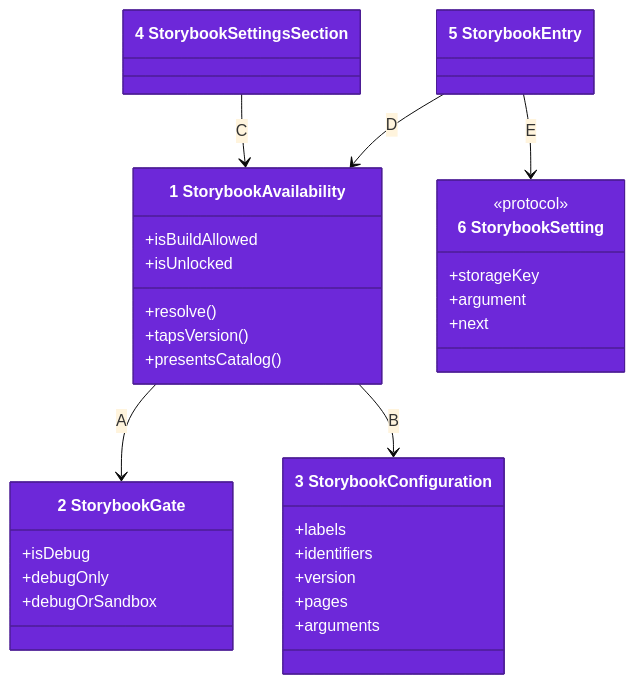
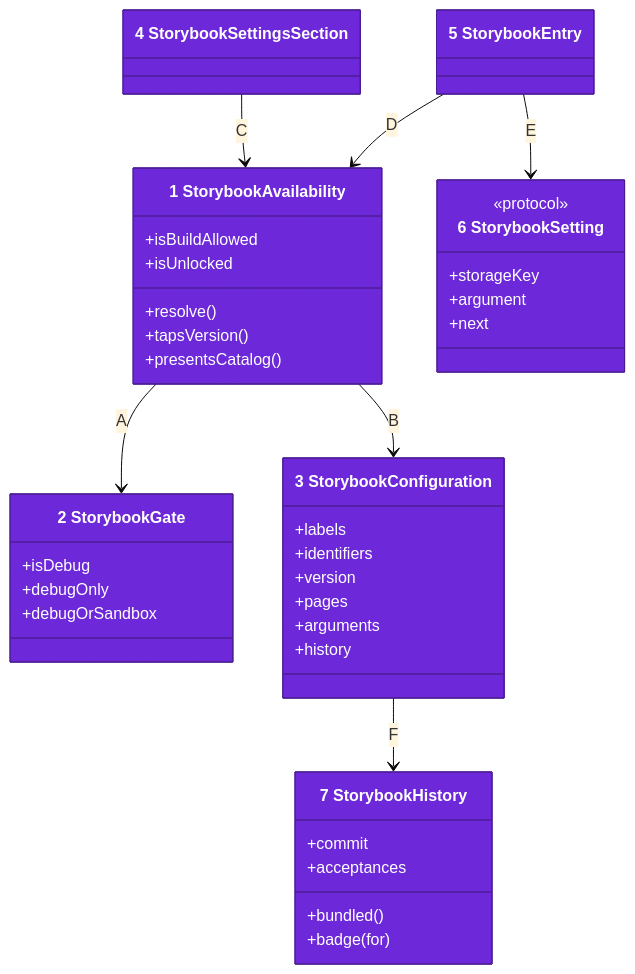
The first of 2 diagrams in Packages/Storybook/docs/architecture/04-code.md (may-journal/common-swift), drawn with Mermaid (base theme) before and after one commit. The commit also changed other lines of this file and 36 other files, not shown here.

First line of the commit message:
feat(storybook): badge new and changed pages from requirement history

````diff
--- a/Packages/Storybook/docs/architecture/04-code.md
+++ b/Packages/Storybook/docs/architecture/04-code.md
@@ -5,43 +5,52 @@
 ```mermaid
 classDiagram
     class StorybookAvailability["1 StorybookAvailability"] {
         +isBuildAllowed
         +isUnlocked
         +resolve()
         +tapsVersion()
         +presentsCatalog()
     }
     class StorybookGate["2 StorybookGate"] {
         +isDebug
         +debugOnly
         +debugOrSandbox
     }
     class StorybookConfiguration["3 StorybookConfiguration"] {
         +labels
         +identifiers
         +version
         +pages
         +arguments
+        +history
     }
     class StorybookSettingsSection["4 StorybookSettingsSection"]
     class StorybookEntry["5 StorybookEntry"]
+    class StorybookHistory["7 StorybookHistory"] {
+        +commit
+        +acceptances
+        +bundled()
+        +badge(for)
+    }
     class StorybookSetting["6 StorybookSetting"] {
         <<protocol>>
         +storageKey
         +argument
         +next
     }
 
     StorybookAvailability --> StorybookGate : A
     StorybookAvailability --> StorybookConfiguration : B
     StorybookSettingsSection --> StorybookAvailability : C
     StorybookEntry --> StorybookAvailability : D
     StorybookEntry --> StorybookSetting : E
+    StorybookConfiguration --> StorybookHistory : F
 
     style StorybookAvailability fill:#6d28d9,stroke:#4c1d95,color:#ffffff
     style StorybookGate fill:#6d28d9,stroke:#4c1d95,color:#ffffff
     style StorybookConfiguration fill:#6d28d9,stroke:#4c1d95,color:#ffffff
     style StorybookSettingsSection fill:#6d28d9,stroke:#4c1d95,color:#ffffff
     style StorybookEntry fill:#6d28d9,stroke:#4c1d95,color:#ffffff
     style StorybookSetting fill:#6d28d9,stroke:#4c1d95,color:#ffffff
+    style StorybookHistory fill:#6d28d9,stroke:#4c1d95,color:#ffffff
 ```
````
